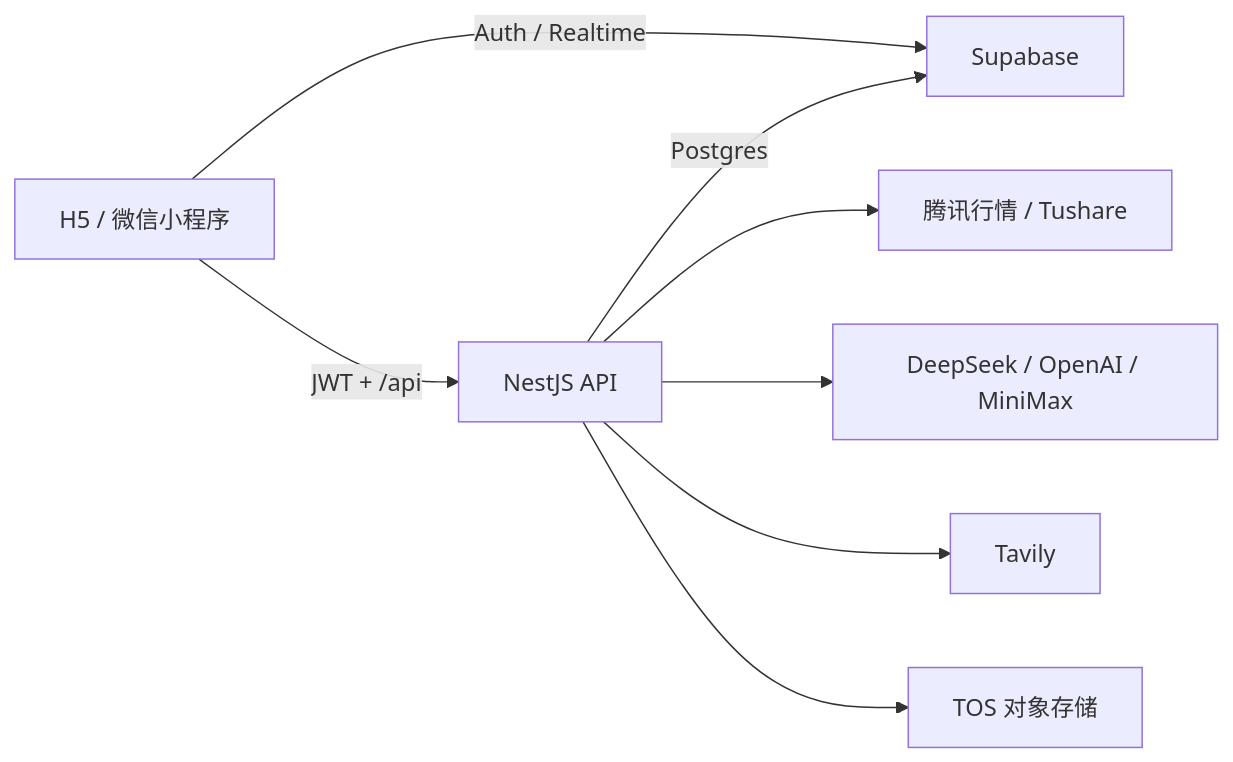
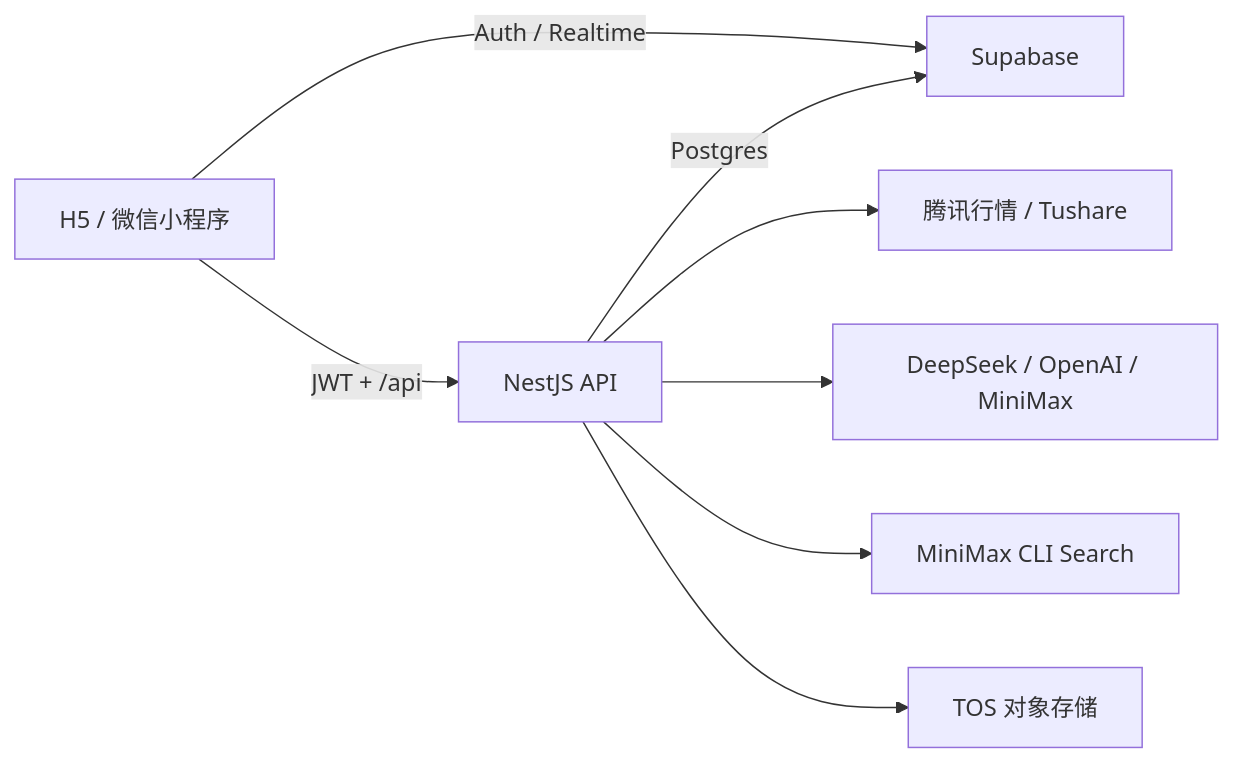
Before and after one commit to haokuang/stock-notes: the diagram in README.md, drawn with Mermaid. The commit also changed other lines of this file and 21 other files, not shown here.

Commit message:
feat: 接入 MiniMax CLI 搜索并优化记录列表

````diff
--- a/README.md
+++ b/README.md
@@ -20,10 +20,10 @@
 ```mermaid
 flowchart LR
     Client["H5 / 微信小程序"] -->|"JWT + /api"| API["NestJS API"]
     Client -->|"Auth / Realtime"| Supabase["Supabase"]
     API -->|"Postgres"| Supabase
     API --> Market["腾讯行情 / Tushare"]
     API --> Models["DeepSeek / OpenAI / MiniMax"]
-    API --> Search["Tavily"]
+    API --> Search["MiniMax CLI Search"]
     API --> Storage["TOS 对象存储"]
 ```
````
